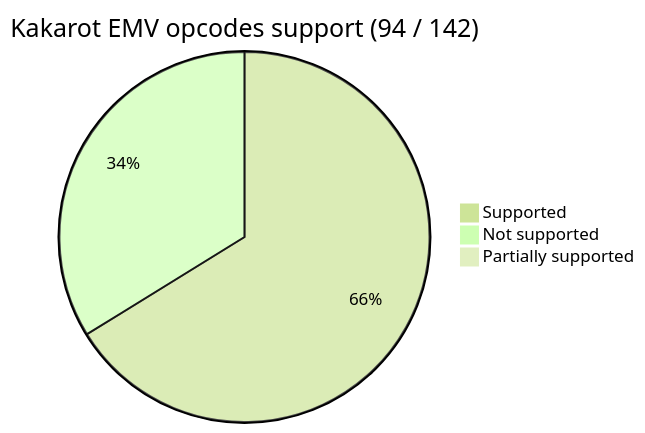
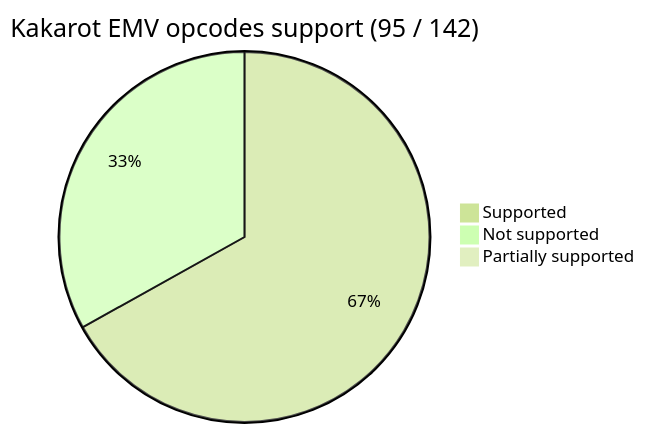
One commit to kkrt-labs/kakarot changed the first of 2 diagrams in README.md. Above: the diagram before and after it, drawn with Mermaid. The commit also changed 7 other files, not shown here.

````diff
--- a/README.md
+++ b/README.md
@@ -40,8 +40,8 @@
 ```mermaid
 %%{init: {'theme': 'forest', 'themeVariables': { 'darkMode': 'false'}}}%%
-pie title Kakarot EMV opcodes support (94 / 142)
-    "Supported" : 94
-    "Not supported" : 48
+pie title Kakarot EMV opcodes support (95 / 142)
+    "Supported" : 95
+    "Not supported" : 47
 
     "Partially supported" : 0
 ```
````
